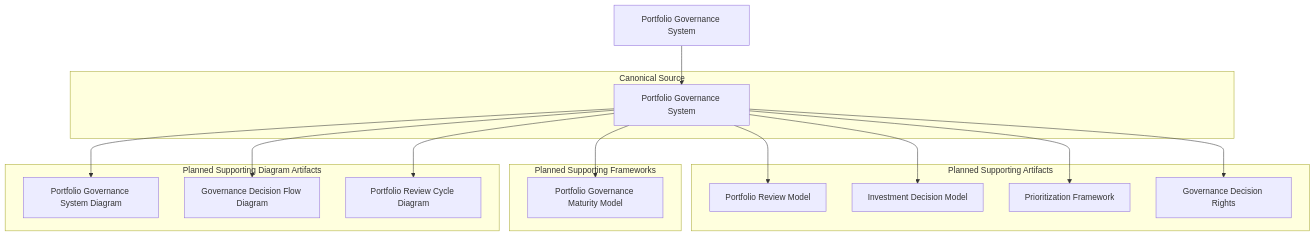
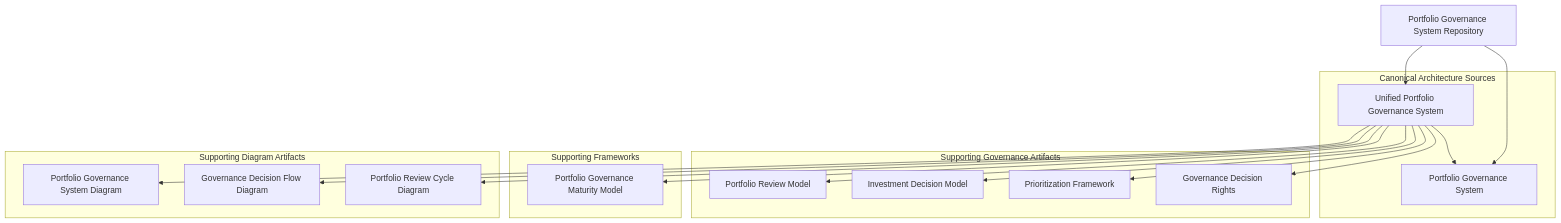
Before and after one commit to ChuckFerrando/portfolio-governance-system: the second of 2 diagrams in README.md, drawn with Mermaid. The commit also changed other lines of this file, not shown here.

````diff
--- a/README.md
+++ b/README.md
@@ -90,36 +90,39 @@
 ```mermaid
 flowchart TB
 
-    ROOT[Portfolio Governance System]
+    ROOT[Portfolio Governance System Repository]
 
-    subgraph CANONICAL[Canonical Source]
-        A1[Portfolio Governance System]
+    subgraph CANONICAL[Canonical Architecture Sources]
+        U1[Unified Portfolio Governance System]
+        U2[Portfolio Governance System]
     end
 
-    subgraph SUPPORTING[Planned Supporting Artifacts]
+    subgraph SUPPORTING[Supporting Governance Artifacts]
         B1[Portfolio Review Model]
         B2[Investment Decision Model]
         B3[Prioritization Framework]
         B4[Governance Decision Rights]
     end
 
-    subgraph FRAMEWORKS[Planned Supporting Frameworks]
+    subgraph FRAMEWORKS[Supporting Frameworks]
         C1[Portfolio Governance Maturity Model]
     end
 
-    subgraph DIAGRAMS[Planned Supporting Diagram Artifacts]
+    subgraph DIAGRAMS[Supporting Diagram Artifacts]
         D1[Portfolio Governance System Diagram]
         D2[Governance Decision Flow Diagram]
         D3[Portfolio Review Cycle Diagram]
     end
 
-    ROOT --> A1
-    A1 --> B1
-    A1 --> B2
-    A1 --> B3
-    A1 --> B4
-    A1 --> C1
-    A1 --> D1
-    A1 --> D2
-    A1 --> D3
-``` 
+    ROOT --> U1
+    ROOT --> U2
+    U1 --> U2
+    U1 --> B1
+    U1 --> B2
+    U1 --> B3
+    U1 --> B4
+    U1 --> C1
+    U1 --> D1
+    U1 --> D2
+    U1 --> D3
+```
````
